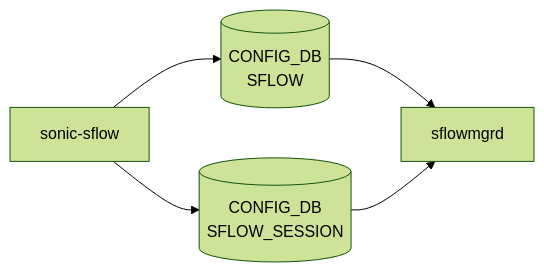
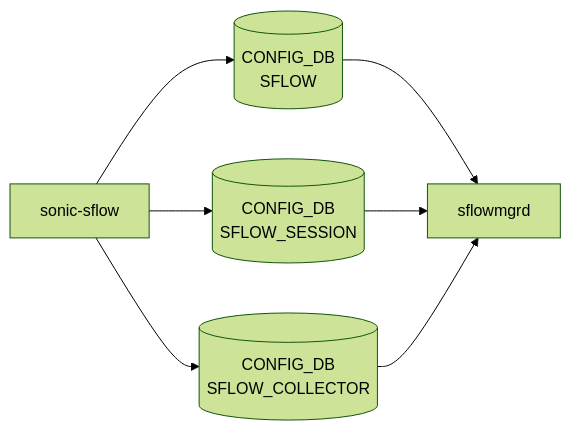
The diagram in docs/reference/yang/sonic-sflow.md (aoki-taquan/sonic-unofficial-docs), drawn with Mermaid (forest theme) before and after one commit. The commit also changed 10 other files, not shown here.

````diff
--- a/docs/reference/yang/sonic-sflow.md
+++ b/docs/reference/yang/sonic-sflow.md
@@ -32,11 +32,14 @@
 ```mermaid
 flowchart LR
   Y["sonic-sflow"]
   C1[("CONFIG_DB<br/>SFLOW")]
   Y --> C1
   D1["sflowmgrd"]
   C1 --> D1
   C2[("CONFIG_DB<br/>SFLOW_SESSION")]
   Y --> C2
   C2 --> D1
+  C3[("CONFIG_DB<br/>SFLOW_COLLECTOR")]
+  Y --> C3
+  C3 --> D1
 ```
````
